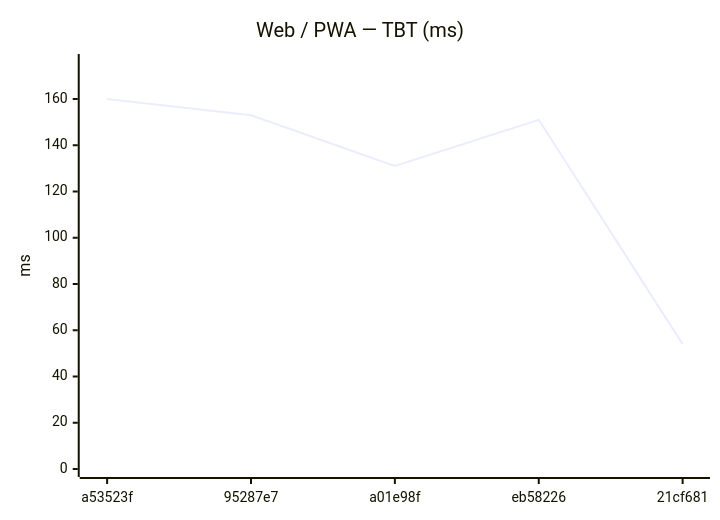
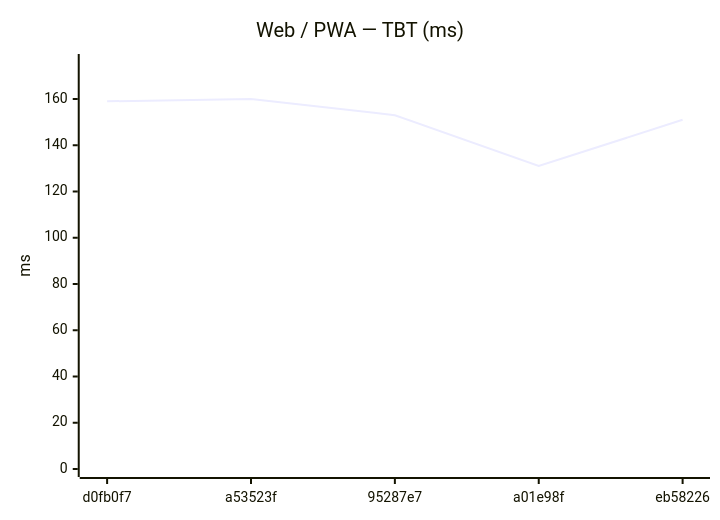
The eighth of 18 diagrams in benchmarks/compare.md (Metaheurist/Rianell), drawn with Mermaid before and after one commit. The commit also changed other lines of this file and 11 other files, not shown here.

````diff
--- a/benchmarks/compare.md
+++ b/benchmarks/compare.md
@@ -124,7 +124,7 @@
 ```mermaid
 xychart-beta
     title "Web / PWA — TBT (ms)"
-    x-axis ["a53523f", "95287e7", "a01e98f", "eb58226", "21cf681"]
+    x-axis ["d0fb0f7", "a53523f", "95287e7", "a01e98f", "eb58226"]
     y-axis "ms" 0 --> 176
-    line [160, 153, 131, 151, 54]
+    line [159, 160, 153, 131, 151]
 ```
````
